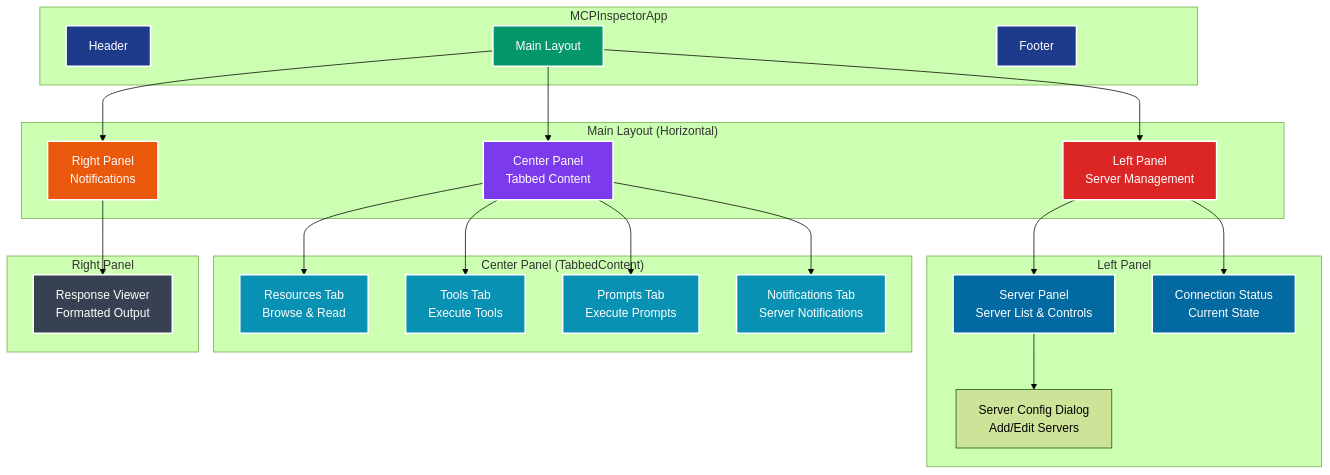
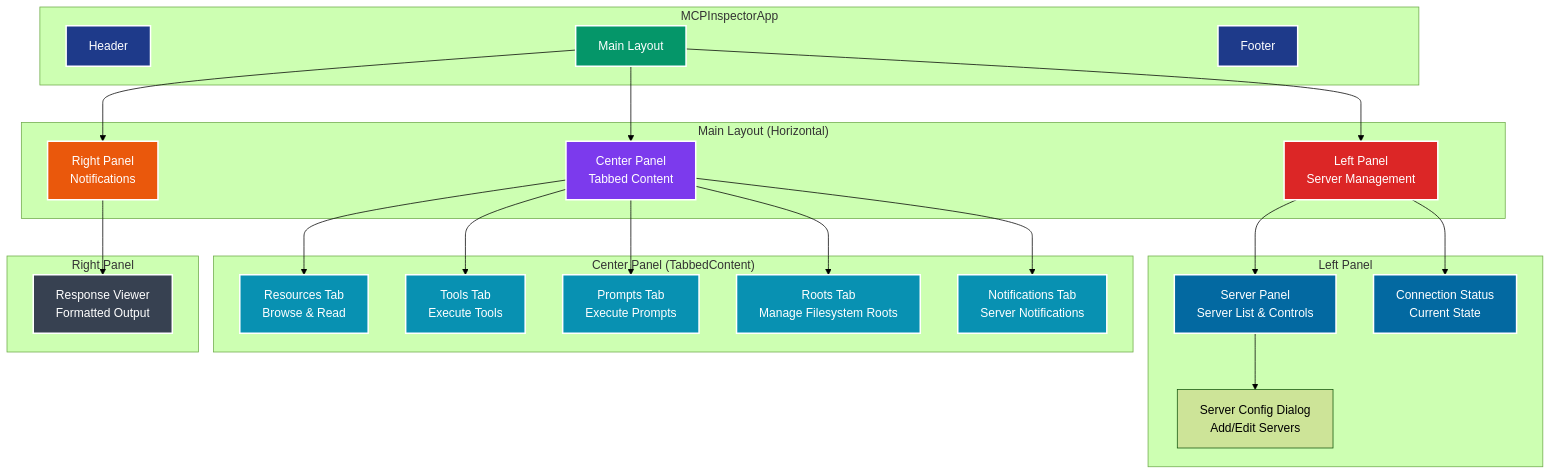
One commit to paulrobello/par-mcp-inspector-tui changed the second of 11 diagrams in docs/diagrams.md. Above: the diagram before and after it, drawn with Mermaid (forest theme). The commit also changed other lines of this file and 17 other files, not shown here.

First line of the commit message:
Release v0.4.0: MCP Roots Protocol & Enhanced Filesystem Support

````diff
--- a/docs/diagrams.md
+++ b/docs/diagrams.md
@@ -83,60 +95,63 @@
 ```mermaid
 flowchart TB
     subgraph "MCPInspectorApp"
         A[Header]
         B[Main Layout]
         C[Footer]
     end
 
     subgraph "Main Layout (Horizontal)"
         D[Left Panel<br/>Server Management]
         E[Center Panel<br/>Tabbed Content]
         F[Right Panel<br/>Notifications]
     end
 
     subgraph "Left Panel"
         G[Server Panel<br/>Server List & Controls]
         H[Connection Status<br/>Current State]
         AA[Server Config Dialog<br/>Add/Edit Servers]
     end
 
     subgraph "Center Panel (TabbedContent)"
         I[Resources Tab<br/>Browse & Read]
         J[Tools Tab<br/>Execute Tools]
         K[Prompts Tab<br/>Execute Prompts]
+        NN[Roots Tab<br/>Manage Filesystem Roots]
         L[Notifications Tab<br/>Server Notifications]
     end
 
     subgraph "Right Panel"
         M[Response Viewer<br/>Formatted Output]
     end
 
     B --> D
     B --> E
     B --> F
 
     D --> G
     D --> H
     G --> AA
 
     E --> I
     E --> J
     E --> K
+    E --> NN
     E --> L
 
     F --> M
 
     style A fill:#1e3a8a,stroke:#ffffff,stroke-width:2px,color:#ffffff
     style B fill:#059669,stroke:#ffffff,stroke-width:2px,color:#ffffff
     style C fill:#1e3a8a,stroke:#ffffff,stroke-width:2px,color:#ffffff
     style D fill:#dc2626,stroke:#ffffff,stroke-width:2px,color:#ffffff
     style E fill:#7c3aed,stroke:#ffffff,stroke-width:2px,color:#ffffff
     style F fill:#ea580c,stroke:#ffffff,stroke-width:2px,color:#ffffff
     style G fill:#0369a1,stroke:#ffffff,stroke-width:2px,color:#ffffff
     style H fill:#0369a1,stroke:#ffffff,stroke-width:2px,color:#ffffff
     style I fill:#0891b2,stroke:#ffffff,stroke-width:2px,color:#ffffff
     style J fill:#0891b2,stroke:#ffffff,stroke-width:2px,color:#ffffff
     style K fill:#0891b2,stroke:#ffffff,stroke-width:2px,color:#ffffff
+    style NN fill:#0891b2,stroke:#ffffff,stroke-width:2px,color:#ffffff
     style L fill:#0891b2,stroke:#ffffff,stroke-width:2px,color:#ffffff
     style M fill:#374151,stroke:#ffffff,stroke-width:2px,color:#ffffff
 ```
````
